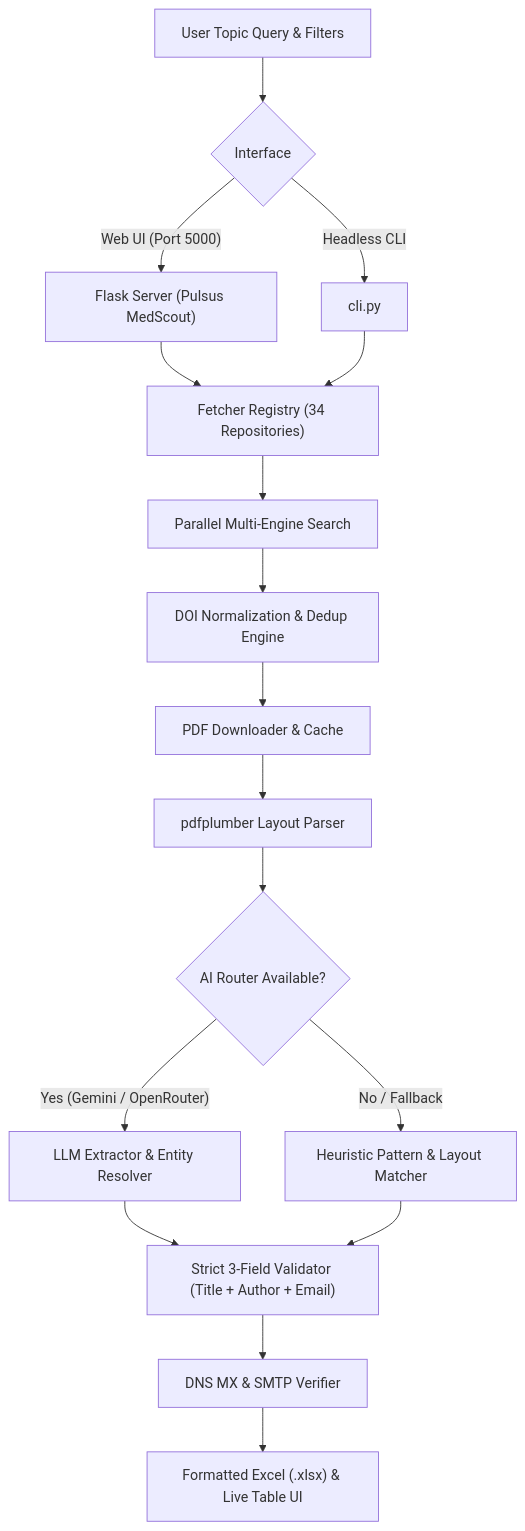
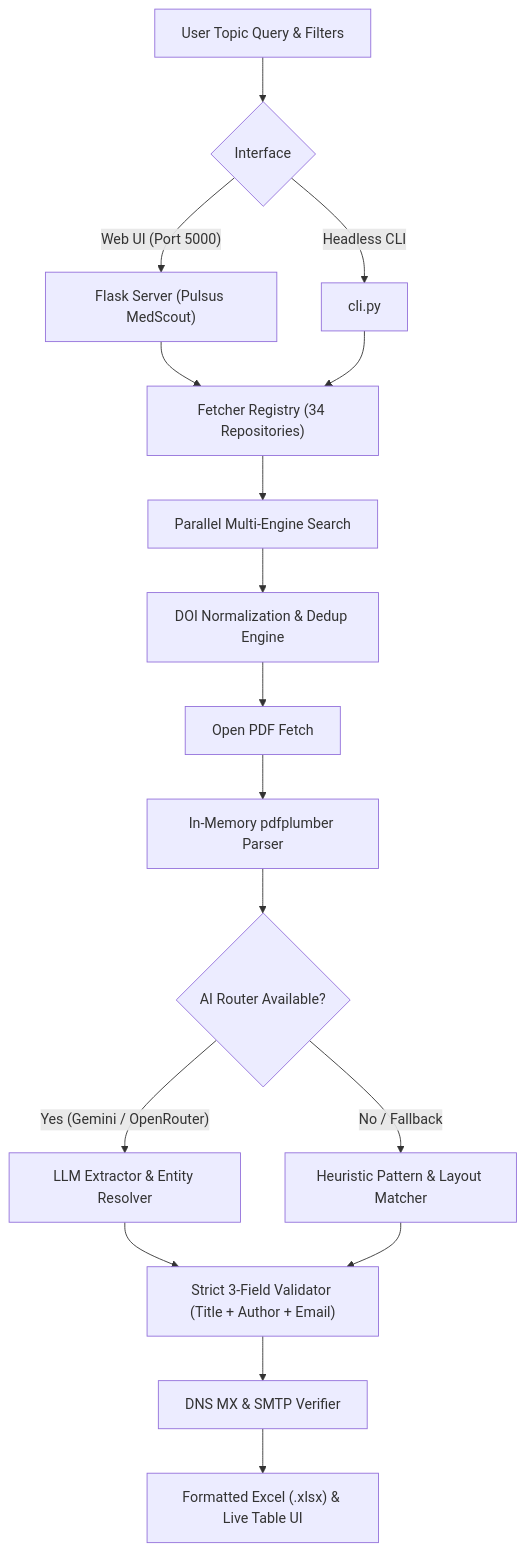
One commit to Nitro-Builds-Yash/Pulsus-MedScout changed the diagram in README.md. Above: the diagram before and after it, drawn with Mermaid. The commit also changed other lines of this file and 5 other files, not shown here.

````diff
--- a/README.md
+++ b/README.md
@@ -75,23 +76,23 @@
 ```mermaid
 flowchart TD
     A["User Topic Query & Filters"] --> B{"Interface"}
     B -->|"Web UI (Port 5000)"| C["Flask Server (Pulsus MedScout)"]
     B -->|"Headless CLI"| D["cli.py"]
     
     C --> E["Fetcher Registry (34 Repositories)"]
     D --> E
     
     E --> F["Parallel Multi-Engine Search"]
     F --> G["DOI Normalization & Dedup Engine"]
-    G --> H["PDF Downloader & Cache"]
-    H --> I["pdfplumber Layout Parser"]
+    G --> H["Open PDF Fetch"]
+    H --> I["In-Memory pdfplumber Parser"]
     
     I --> J{"AI Router Available?"}
     J -->|"Yes (Gemini / OpenRouter)"| K["LLM Extractor & Entity Resolver"]
     J -->|"No / Fallback"| L["Heuristic Pattern & Layout Matcher"]
     
     K --> M["Strict 3-Field Validator (Title + Author + Email)"]
     L --> M
     M --> N["DNS MX & SMTP Verifier"]
     N --> O["Formatted Excel (.xlsx) & Live Table UI"]
 ```
````
